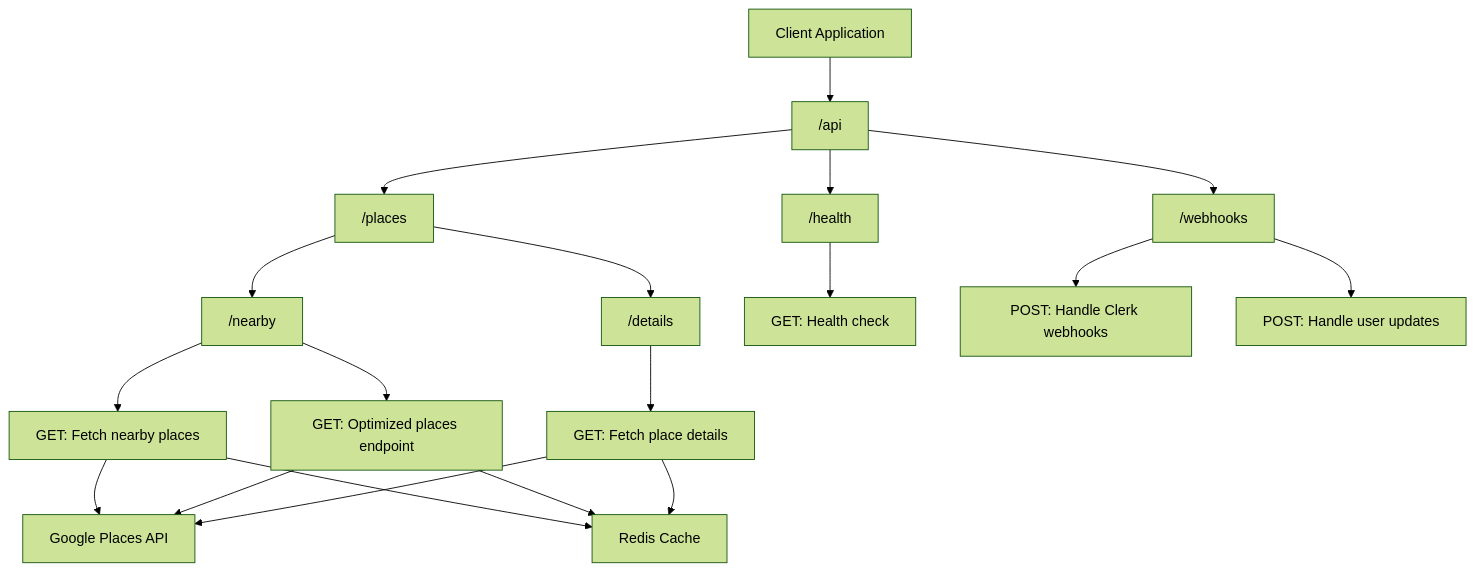
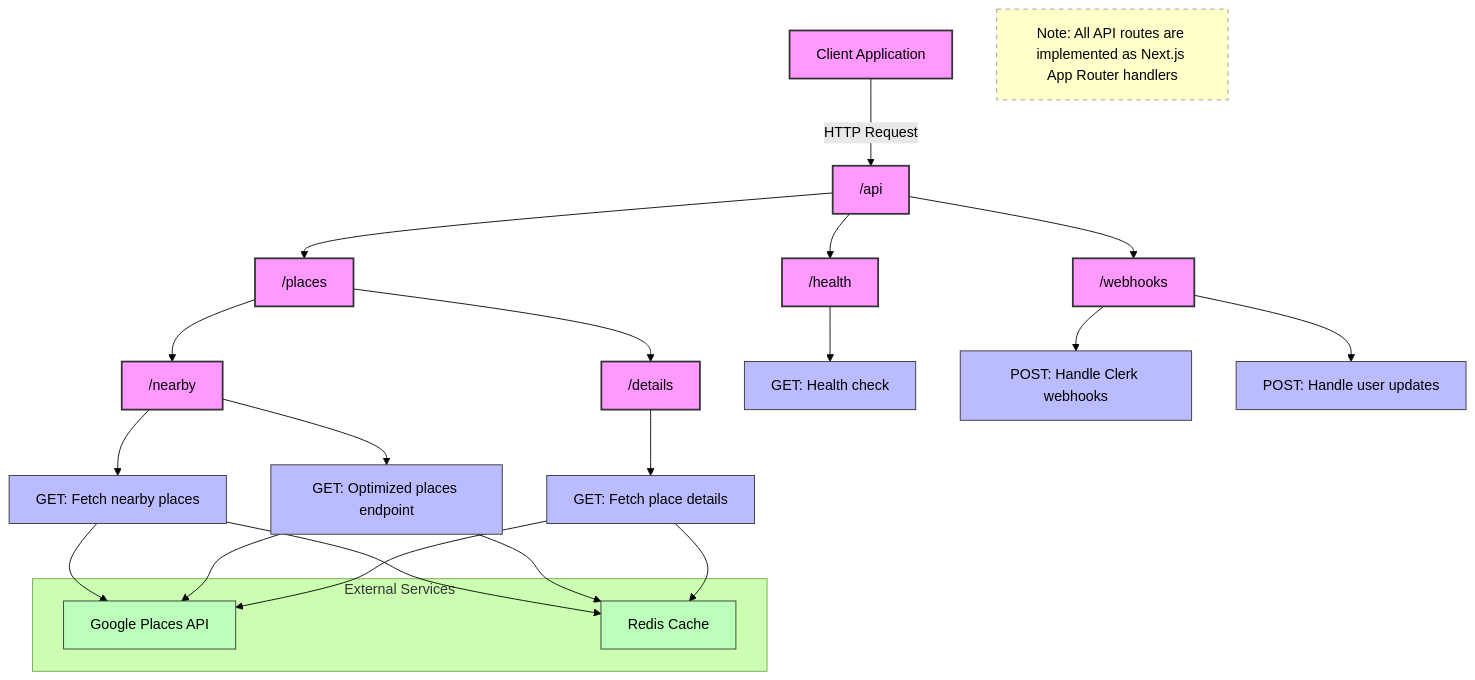
One commit to sotomaque/emoji-map-next changed the diagram in docs/diagrams/api-structure.mmd. Above: the diagram before and after it, drawn with Mermaid (forest theme). The commit also changed 18 other files, not shown here.

```diff
--- a/docs/diagrams/api-structure.mmd
+++ b/docs/diagrams/api-structure.mmd
@@ -1,26 +1,51 @@
-graph TD
-    Client[Client Application] --> API["/api"]
-    API --> Places["/places"]
-    API --> Health["/health"]
-    API --> Webhooks["/webhooks"]
+flowchart TD
+    %% API Structure Diagram for Emoji Map
+    %% Main API endpoints and their relationships
     
-    Places --> PlacesNearby["/nearby"]
-    Places --> PlacesDetails["/details"]
+    %% Define styles
+    classDef apiEndpoint fill:#f9f,stroke:#333,stroke-width:2px
+    classDef handler fill:#bbf,stroke:#333,stroke-width:1px
+    classDef external fill:#bfb,stroke:#333,stroke-width:1px
     
-    PlacesNearby --> PlacesNearbyHandler["GET: Fetch nearby places"]
-    PlacesNearby --> PlacesNewHandler["GET: Optimized places endpoint"]
+    %% Client and main API route
+    Client[Client Application]:::apiEndpoint --> |HTTP Request| API["/api"]:::apiEndpoint
     
-    PlacesDetails --> PlacesDetailsHandler["GET: Fetch place details"]
+    %% Main API categories
+    API --> Places["/places"]:::apiEndpoint
+    API --> Health["/health"]:::apiEndpoint
+    API --> Webhooks["/webhooks"]:::apiEndpoint
     
-    Health --> HealthHandler["GET: Health check"]
+    %% Places endpoints
+    Places --> PlacesNearby["/nearby"]:::apiEndpoint
+    Places --> PlacesDetails["/details"]:::apiEndpoint
     
-    Webhooks --> WebhooksHandler["POST: Handle Clerk webhooks"]
-    Webhooks --> WebhooksUpdateHandler["POST: Handle user updates"]
+    %% Places handlers
+    PlacesNearby --> PlacesNearbyHandler["GET: Fetch nearby places"]:::handler
+    PlacesNearby --> PlacesNewHandler["GET: Optimized places endpoint"]:::handler
     
-    PlacesNearbyHandler --> GooglePlacesAPI["Google Places API"]
+    PlacesDetails --> PlacesDetailsHandler["GET: Fetch place details"]:::handler
+    
+    %% Health and Webhooks handlers
+    Health --> HealthHandler["GET: Health check"]:::handler
+    
+    Webhooks --> WebhooksHandler["POST: Handle Clerk webhooks"]:::handler
+    Webhooks --> WebhooksUpdateHandler["POST: Handle user updates"]:::handler
+    
+    %% External services
+    PlacesNearbyHandler --> GooglePlacesAPI["Google Places API"]:::external
     PlacesNewHandler --> GooglePlacesAPI
     PlacesDetailsHandler --> GooglePlacesAPI
     
-    PlacesNearbyHandler --> Redis["Redis Cache"]
+    PlacesNearbyHandler --> Redis["Redis Cache"]:::external
     PlacesNewHandler --> Redis
-    PlacesDetailsHandler --> Redis 
+    PlacesDetailsHandler --> Redis
+    
+    %% Add notes
+    subgraph "External Services"
+        GooglePlacesAPI
+        Redis
+    end
+    
+    %% Add a note
+    note["Note: All API routes are implemented as Next.js App Router handlers"]
+    style note fill:#ffffcc,stroke:#999,stroke-width:1px,stroke-dasharray: 5 5 
```
